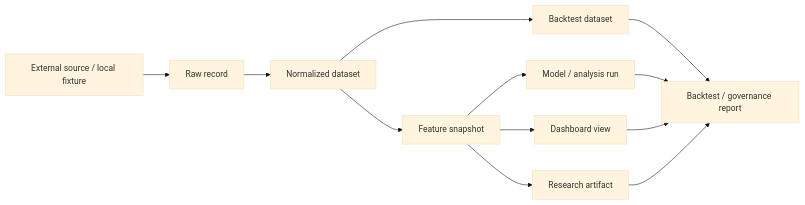
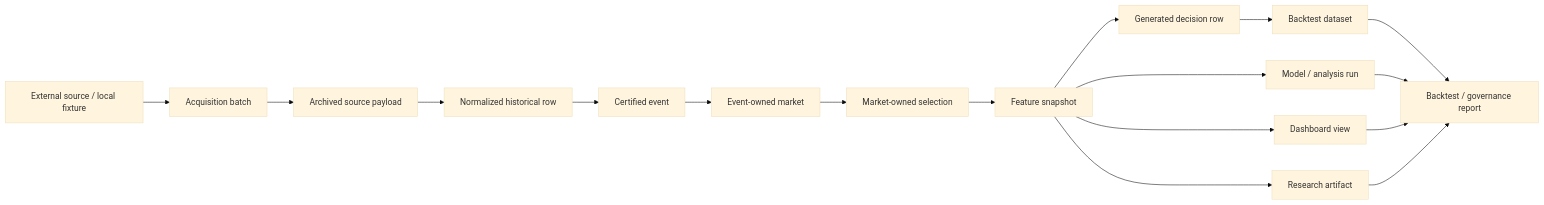
The diagram in docs/architecture/DATA_FLOW_MAP.md (mazycksekou/Institutional-Multi-Market-Research-And-Capital-Allocation-Platform), drawn with Mermaid (base theme) before and after one commit. The commit also changed other lines of this file and 18 other files, not shown here.

Commit message:
feat: implement event-centric historical acquisition foundation

````diff
--- a/docs/architecture/DATA_FLOW_MAP.md
+++ b/docs/architecture/DATA_FLOW_MAP.md
@@ -5,14 +5,19 @@
 ```mermaid
 flowchart LR
-  Source[External source / local fixture] --> Raw[Raw record]
-  Raw --> Normalized[Normalized dataset]
-  Normalized --> FeatureSnapshot[Feature snapshot]
-  Normalized --> Backtest[Backtest dataset]
+  Source[External source / local fixture] --> Acquisition[Acquisition batch]
+  Acquisition --> Archive[Archived source payload]
+  Archive --> Normalized[Normalized historical row]
+  Normalized --> CertifiedEvent[Certified event]
+  CertifiedEvent --> Market[Event-owned market]
+  Market --> Selection[Market-owned selection]
+  Selection --> FeatureSnapshot[Feature snapshot]
+  FeatureSnapshot --> DecisionRow[Generated decision row]
+  DecisionRow --> Backtest[Backtest dataset]
   FeatureSnapshot --> ModelRun[Model / analysis run]
   FeatureSnapshot --> Dashboard[Dashboard view]
   FeatureSnapshot --> Research[Research artifact]
   Backtest --> Analytics[Backtest / governance report]
   ModelRun --> Analytics
   Dashboard --> Analytics
   Research --> Analytics
 ```
````
